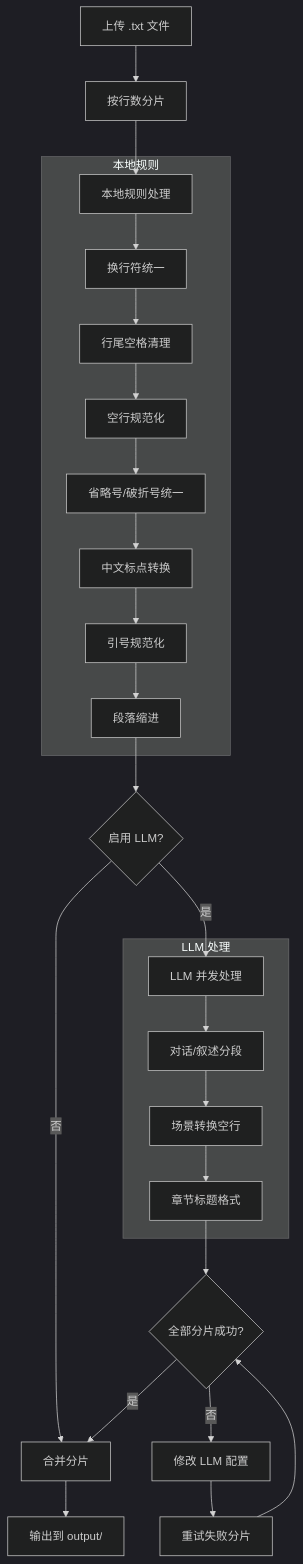
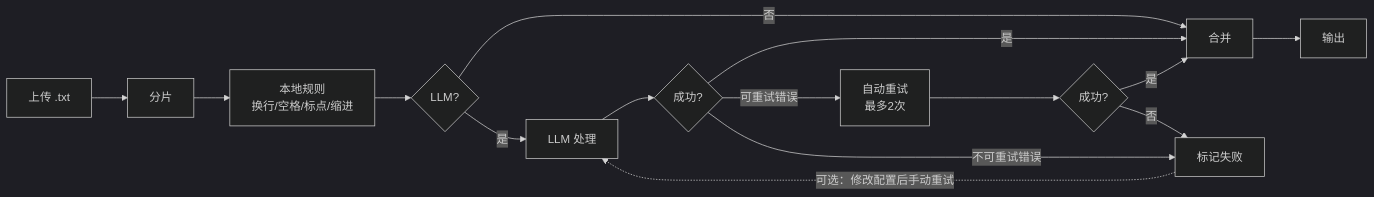
Before and after one commit to makoMakoGo/novel-proofer: the diagram in README.md, drawn with Mermaid (dark theme). The commit also changed other lines of this file and 7 other files, not shown here.

````diff
--- a/README.md
+++ b/README.md
@@ -41,32 +54,16 @@
 ```mermaid
-flowchart TD
-    A[上传 .txt 文件] --> B[按行数分片]
-    B --> C[本地规则处理]
-
-    subgraph local [本地规则]
-        C --> C1[换行符统一]
-        C1 --> C2[行尾空格清理]
-        C2 --> C3[空行规范化]
-        C3 --> C4[省略号/破折号统一]
-        C4 --> C5[中文标点转换]
-        C5 --> C6[引号规范化]
-        C6 --> C7[段落缩进]
-    end
-
-    C7 --> D{启用 LLM?}
-    D -->|否| F[合并分片]
-    D -->|是| E[LLM 并发处理]
-
-    subgraph llm [LLM 处理]
-        E --> E1[对话/叙述分段]
-        E1 --> E2[场景转换空行]
-        E2 --> E3[章节标题格式]
-    end
-
-    E3 --> H{全部分片成功?}
+flowchart LR
+    A[上传 .txt] --> B[分片] --> C[本地规则<br/>换行/空格/标点/缩进]
+    C --> D{LLM?}
+    D -->|否| F[合并]
+    D -->|是| E[LLM 处理]
+    E --> H{成功?}
     H -->|是| F
-    H -->|否| R[修改 LLM 配置]
-    R --> S[重试失败分片]
-    S --> H
-    F --> G[输出到 output/]
+    H -->|可重试错误| R[自动重试<br/>最多2次]
+    R --> H2{成功?}
+    H2 -->|是| F
+    H2 -->|否| M[标记失败]
+    H -->|不可重试错误| M
+    M -.->|可选：修改配置后手动重试| E
+    F --> G[输出]
 ```
````
